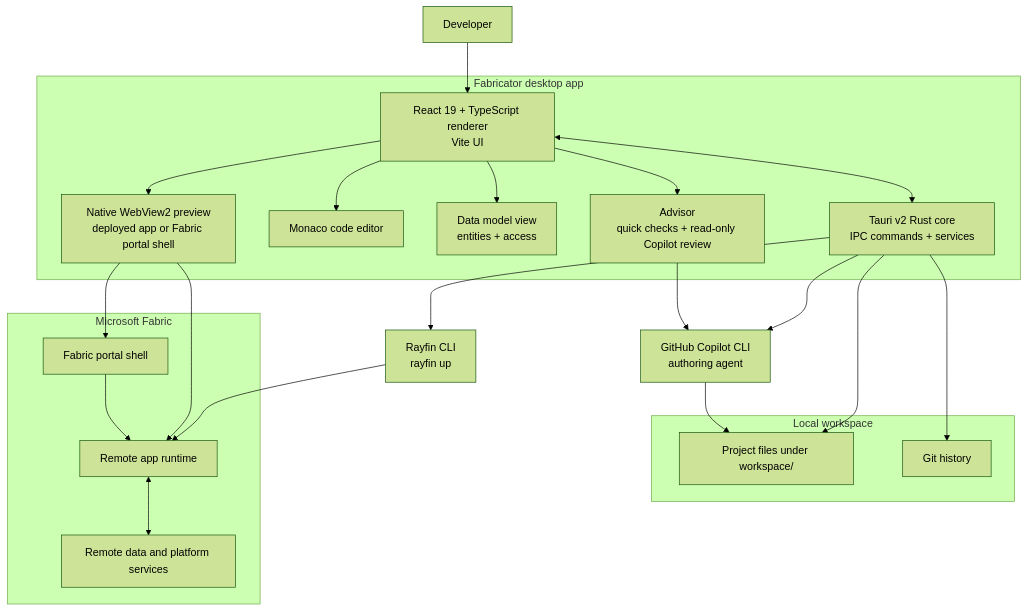
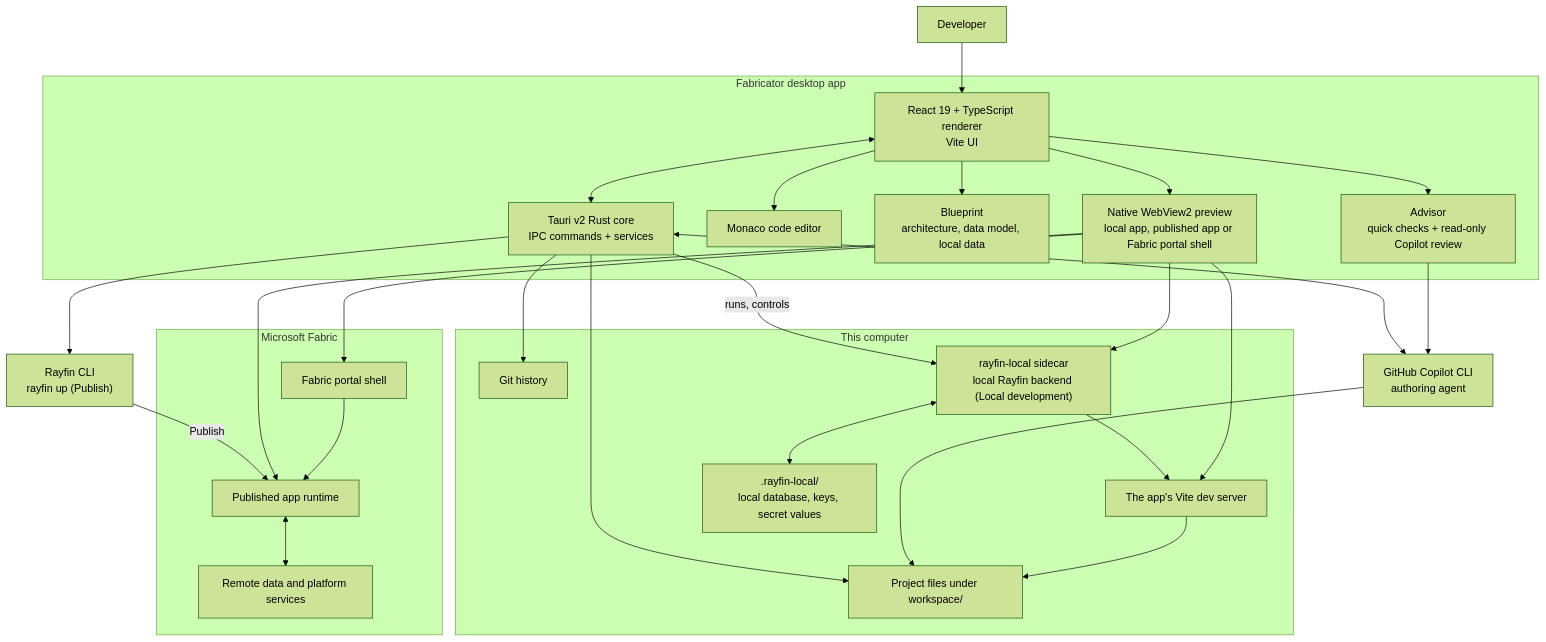
One commit to spatney/rayfin-fabricator changed the diagram in CONTRIBUTING.md. Above: the diagram before and after it, drawn with Mermaid (forest theme). The commit also changed other lines of this file and 25 other files, not shown here.

First line of the commit message:
Tidy up after local development: wording, sandbox and output

````diff
--- a/CONTRIBUTING.md
+++ b/CONTRIBUTING.md
@@ -101,46 +106,55 @@
 ```mermaid
 flowchart TD
   User["Developer"]
 
   subgraph Desktop["Fabricator desktop app"]
     Renderer["React 19 + TypeScript renderer<br/>Vite UI"]
     Core["Tauri v2 Rust core<br/>IPC commands + services"]
     Editor["Monaco code editor"]
-    Model["Data model view<br/>entities + access"]
-    Preview["Native WebView2 preview<br/>deployed app or Fabric portal shell"]
+    Model["Blueprint<br/>architecture, data model, local data"]
+    Preview["Native WebView2 preview<br/>local app, published app or Fabric portal shell"]
     Advisor["Advisor<br/>quick checks + read-only Copilot review"]
   end
 
-  subgraph Local["Local workspace"]
+  subgraph Local["This computer"]
     Files["Project files under workspace/"]
     Git["Git history"]
+    Backend["rayfin-local sidecar<br/>local Rayfin backend (Local development)"]
+    Vite["The app's Vite dev server"]
+    State[".rayfin-local/<br/>local database, keys, secret values"]
   end
 
   Copilot["GitHub Copilot CLI<br/>authoring agent"]
-  Rayfin["Rayfin CLI<br/>rayfin up"]
+  Rayfin["Rayfin CLI<br/>rayfin up (Publish)"]
 
   subgraph Fabric["Microsoft Fabric"]
-    Runtime["Remote app runtime"]
+    Runtime["Published app runtime"]
     Data["Remote data and platform services"]
     Portal["Fabric portal shell"]
   end
 
   User --> Renderer
   Renderer <--> Core
   Renderer --> Editor
   Renderer --> Model
   Renderer --> Preview
   Renderer --> Advisor
 
   Core --> Files
   Core --> Git
-  Core --> Copilot
+  Core -- "runs, controls" --> Backend
+  Core <--> Copilot
   Core --> Rayfin
   Copilot --> Files
+  Backend --> Vite
+  Backend <--> State
+  Vite --> Files
   Advisor --> Copilot
-  Rayfin --> Runtime
+  Rayfin -- "Publish" --> Runtime
   Runtime <--> Data
+  Preview --> Vite
+  Preview --> Backend
   Preview --> Runtime
   Preview --> Portal
   Portal --> Runtime
 ```
````
